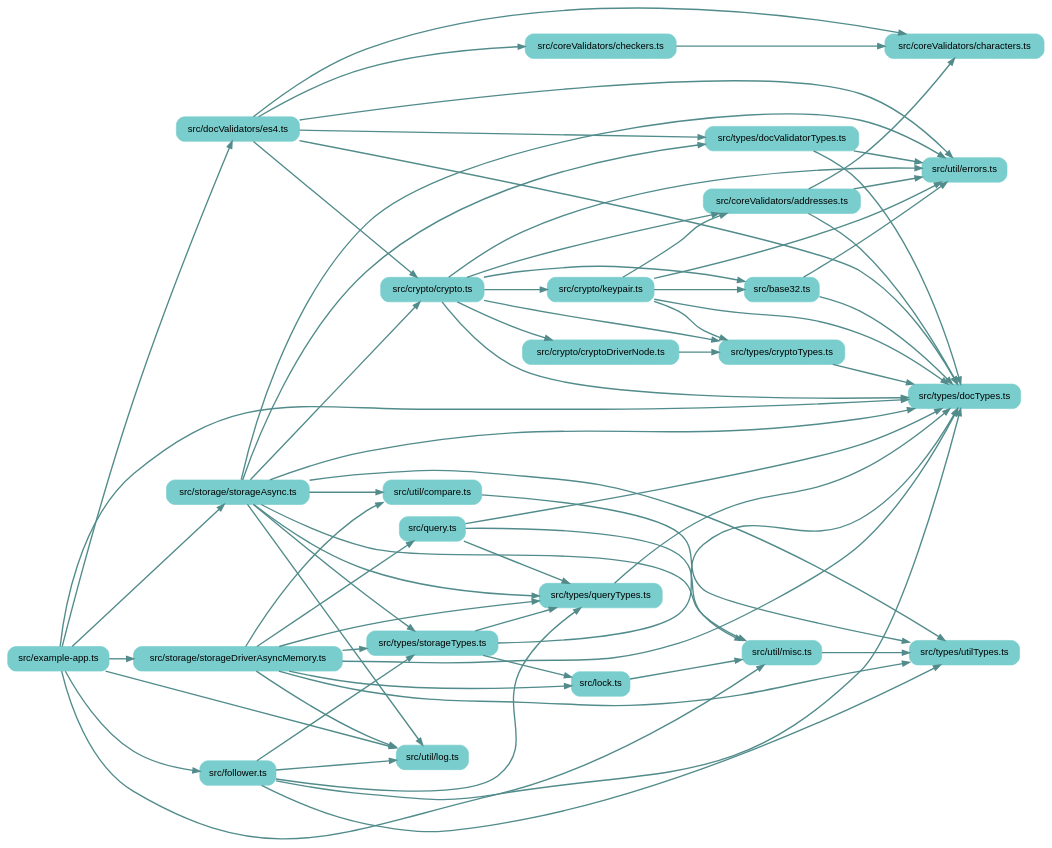
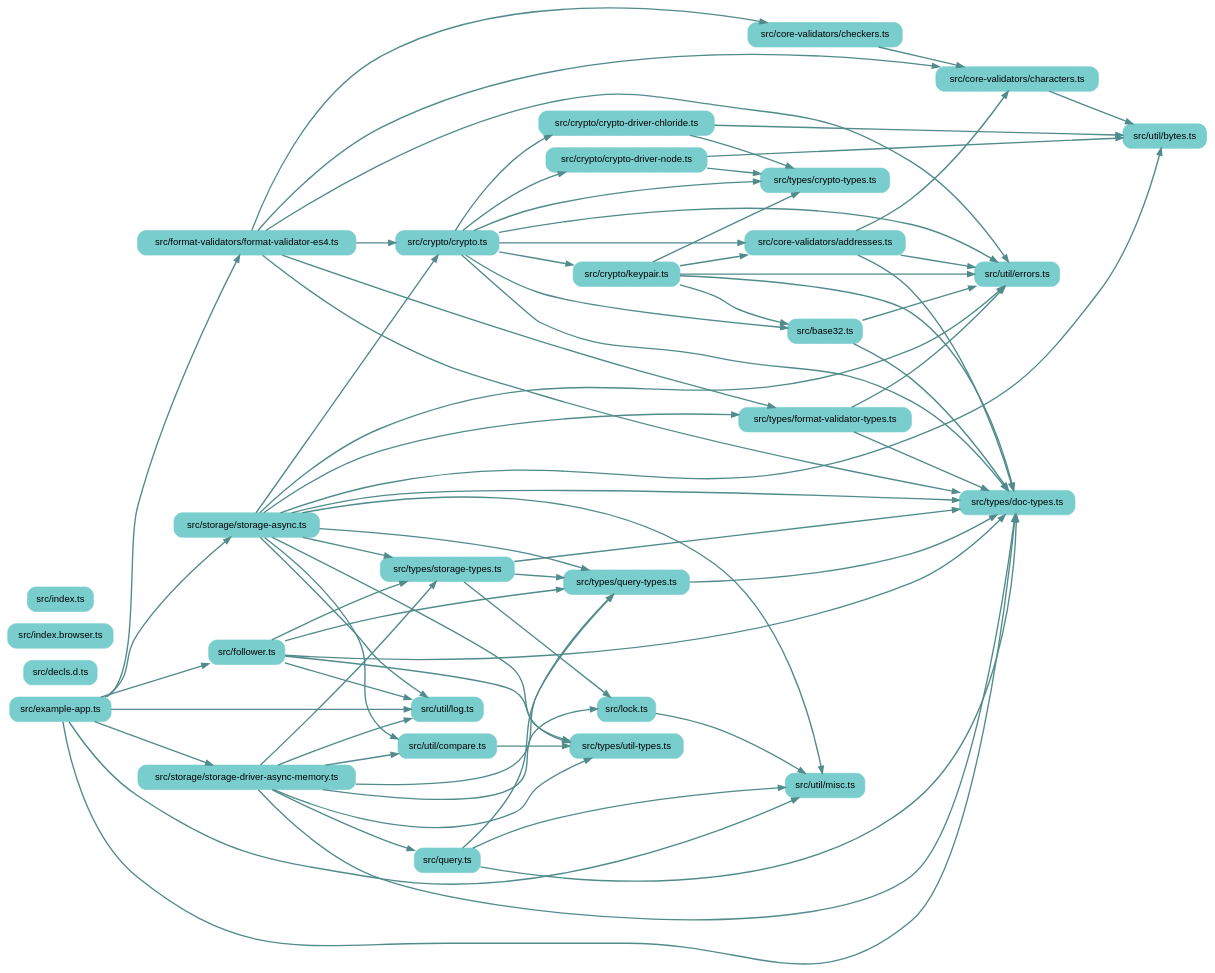
One commit to earthstar-project/earthstar changed the diagram in depchart/depchart-most-loose.dot. Above: the diagram before and after it, drawn with Graphviz. The commit also changed 12 other files, not shown here.

```diff
--- a/depchart/depchart-most-loose.dot
+++ b/depchart/depchart-most-loose.dot
@@ -12,98 +12,107 @@
     
     // files in their folder clusters
         "src/base32.ts" [label="src/base32.ts", shape=rectangle; style="rounded,filled"; color=darkslategray3];
+        "src/decls.d.ts" [label="src/decls.d.ts", shape=rectangle; style="rounded,filled"; color=darkslategray3];
         "src/example-app.ts" [label="src/example-app.ts", shape=rectangle; style="rounded,filled"; color=darkslategray3];
         "src/follower.ts" [label="src/follower.ts", shape=rectangle; style="rounded,filled"; color=darkslategray3];
+        "src/index.browser.ts" [label="src/index.browser.ts", shape=rectangle; style="rounded,filled"; color=darkslategray3];
+        "src/index.ts" [label="src/index.ts", shape=rectangle; style="rounded,filled"; color=darkslategray3];
         "src/lock.ts" [label="src/lock.ts", shape=rectangle; style="rounded,filled"; color=darkslategray3];
         "src/query.ts" [label="src/query.ts", shape=rectangle; style="rounded,filled"; color=darkslategray3];
-        "src/coreValidators/addresses.ts" [label="src/coreValidators/addresses.ts", shape=rectangle; style="rounded,filled"; color=darkslategray3];
-            "src/coreValidators/characters.ts" [label="src/coreValidators/characters.ts", shape=rectangle; style="rounded,filled"; color=darkslategray3];
-            "src/coreValidators/checkers.ts" [label="src/coreValidators/checkers.ts", shape=rectangle; style="rounded,filled"; color=darkslategray3];
-        "src/crypto/crypto.ts" [label="src/crypto/crypto.ts", shape=rectangle; style="rounded,filled"; color=darkslategray3];
-            "src/crypto/cryptoDriverNode.ts" [label="src/crypto/cryptoDriverNode.ts", shape=rectangle; style="rounded,filled"; color=darkslategray3];
+        "src/core-validators/addresses.ts" [label="src/core-validators/addresses.ts", shape=rectangle; style="rounded,filled"; color=darkslategray3];
+            "src/core-validators/characters.ts" [label="src/core-validators/characters.ts", shape=rectangle; style="rounded,filled"; color=darkslategray3];
+            "src/core-validators/checkers.ts" [label="src/core-validators/checkers.ts", shape=rectangle; style="rounded,filled"; color=darkslategray3];
+        "src/crypto/crypto-driver-chloride.ts" [label="src/crypto/crypto-driver-chloride.ts", shape=rectangle; style="rounded,filled"; color=darkslategray3];
+            "src/crypto/crypto-driver-node.ts" [label="src/crypto/crypto-driver-node.ts", shape=rectangle; style="rounded,filled"; color=darkslategray3];
+            "src/crypto/crypto.ts" [label="src/crypto/crypto.ts", shape=rectangle; style="rounded,filled"; color=darkslategray3];
             "src/crypto/keypair.ts" [label="src/crypto/keypair.ts", shape=rectangle; style="rounded,filled"; color=darkslategray3];
-        "src/docValidators/es4.ts" [label="src/docValidators/es4.ts", shape=rectangle; style="rounded,filled"; color=darkslategray3];
-        "src/storage/storageAsync.ts" [label="src/storage/storageAsync.ts", shape=rectangle; style="rounded,filled"; color=darkslategray3];
-            "src/storage/storageDriverAsyncMemory.ts" [label="src/storage/storageDriverAsyncMemory.ts", shape=rectangle; style="rounded,filled"; color=darkslategray3];
-        "src/types/cryptoTypes.ts" [label="src/types/cryptoTypes.ts", shape=rectangle; style="rounded,filled"; color=darkslategray3];
-            "src/types/docTypes.ts" [label="src/types/docTypes.ts", shape=rectangle; style="rounded,filled"; color=darkslategray3];
-            "src/types/docValidatorTypes.ts" [label="src/types/docValidatorTypes.ts", shape=rectangle; style="rounded,filled"; color=darkslategray3];
-            "src/types/queryTypes.ts" [label="src/types/queryTypes.ts", shape=rectangle; style="rounded,filled"; color=darkslategray3];
-            "src/types/storageTypes.ts" [label="src/types/storageTypes.ts", shape=rectangle; style="rounded,filled"; color=darkslategray3];
-            "src/types/utilTypes.ts" [label="src/types/utilTypes.ts", shape=rectangle; style="rounded,filled"; color=darkslategray3];
-        "src/util/compare.ts" [label="src/util/compare.ts", shape=rectangle; style="rounded,filled"; color=darkslategray3];
+        "src/format-validators/format-validator-es4.ts" [label="src/format-validators/format-validator-es4.ts", shape=rectangle; style="rounded,filled"; color=darkslategray3];
+        "src/storage/storage-async.ts" [label="src/storage/storage-async.ts", shape=rectangle; style="rounded,filled"; color=darkslategray3];
+            "src/storage/storage-driver-async-memory.ts" [label="src/storage/storage-driver-async-memory.ts", shape=rectangle; style="rounded,filled"; color=darkslategray3];
+        "src/types/crypto-types.ts" [label="src/types/crypto-types.ts", shape=rectangle; style="rounded,filled"; color=darkslategray3];
+            "src/types/doc-types.ts" [label="src/types/doc-types.ts", shape=rectangle; style="rounded,filled"; color=darkslategray3];
+            "src/types/format-validator-types.ts" [label="src/types/format-validator-types.ts", shape=rectangle; style="rounded,filled"; color=darkslategray3];
+            "src/types/query-types.ts" [label="src/types/query-types.ts", shape=rectangle; style="rounded,filled"; color=darkslategray3];
+            "src/types/storage-types.ts" [label="src/types/storage-types.ts", shape=rectangle; style="rounded,filled"; color=darkslategray3];
+            "src/types/util-types.ts" [label="src/types/util-types.ts", shape=rectangle; style="rounded,filled"; color=darkslategray3];
+        "src/util/bytes.ts" [label="src/util/bytes.ts", shape=rectangle; style="rounded,filled"; color=darkslategray3];
+            "src/util/compare.ts" [label="src/util/compare.ts", shape=rectangle; style="rounded,filled"; color=darkslategray3];
             "src/util/errors.ts" [label="src/util/errors.ts", shape=rectangle; style="rounded,filled"; color=darkslategray3];
             "src/util/log.ts" [label="src/util/log.ts", shape=rectangle; style="rounded,filled"; color=darkslategray3];
             "src/util/misc.ts" [label="src/util/misc.ts", shape=rectangle; style="rounded,filled"; color=darkslategray3];
 
     // edges between files
-    "src/base32.ts" -> "src/types/docTypes.ts" [penwidth=2; color=darkslategray4];
+    "src/base32.ts" -> "src/types/doc-types.ts" [penwidth=2; color=darkslategray4];
     "src/base32.ts" -> "src/util/errors.ts" [penwidth=2; color=darkslategray4];
-    "src/coreValidators/addresses.ts" -> "src/types/docTypes.ts" [penwidth=2; color=darkslategray4];
-    "src/coreValidators/addresses.ts" -> "src/util/errors.ts" [penwidth=2; color=darkslategray4];
-    "src/coreValidators/addresses.ts" -> "src/coreValidators/characters.ts" [penwidth=2; color=darkslategray4];
-    "src/coreValidators/checkers.ts" -> "src/coreValidators/characters.ts" [penwidth=2; color=darkslategray4];
-    "src/crypto/crypto.ts" -> "src/crypto/cryptoDriverNode.ts" [penwidth=2; color=darkslategray4];
-    "src/crypto/crypto.ts" -> "src/types/docTypes.ts" [penwidth=2; color=darkslategray4];
-    "src/crypto/crypto.ts" -> "src/types/cryptoTypes.ts" [penwidth=2; color=darkslategray4];
+    "src/core-validators/addresses.ts" -> "src/types/doc-types.ts" [penwidth=2; color=darkslategray4];
+    "src/core-validators/addresses.ts" -> "src/util/errors.ts" [penwidth=2; color=darkslategray4];
+    "src/core-validators/addresses.ts" -> "src/core-validators/characters.ts" [penwidth=2; color=darkslategray4];
+    "src/core-validators/characters.ts" -> "src/util/bytes.ts" [penwidth=2; color=darkslategray4];
+    "src/core-validators/checkers.ts" -> "src/core-validators/characters.ts" [penwidth=2; color=darkslategray4];
+    "src/crypto/crypto-driver-chloride.ts" -> "src/types/crypto-types.ts" [penwidth=2; color=darkslategray4];
+    "src/crypto/crypto-driver-chloride.ts" -> "src/util/bytes.ts" [penwidth=2; color=darkslategray4];
+    "src/crypto/crypto-driver-node.ts" -> "src/types/crypto-types.ts" [penwidth=2; color=darkslategray4];
+    "src/crypto/crypto-driver-node.ts" -> "src/util/bytes.ts" [penwidth=2; color=darkslategray4];
+    "src/crypto/crypto.ts" -> "src/crypto/crypto-driver-chloride.ts" [penwidth=2; color=darkslategray4];
+    "src/crypto/crypto.ts" -> "src/crypto/crypto-driver-node.ts" [penwidth=2; color=darkslategray4];
+    "src/crypto/crypto.ts" -> "src/types/doc-types.ts" [penwidth=2; color=darkslategray4];
+    "src/crypto/crypto.ts" -> "src/types/crypto-types.ts" [penwidth=2; color=darkslategray4];
     "src/crypto/crypto.ts" -> "src/util/errors.ts" [penwidth=2; color=darkslategray4];
     "src/crypto/crypto.ts" -> "src/base32.ts" [penwidth=2; color=darkslategray4];
     "src/crypto/crypto.ts" -> "src/crypto/keypair.ts" [penwidth=2; color=darkslategray4];
-    "src/crypto/crypto.ts" -> "src/coreValidators/addresses.ts" [penwidth=2; color=darkslategray4];
-    "src/crypto/cryptoDriverNode.ts" -> "src/types/cryptoTypes.ts" [penwidth=2; color=darkslategray4];
-    "src/crypto/keypair.ts" -> "src/types/docTypes.ts" [penwidth=2; color=darkslategray4];
+    "src/crypto/crypto.ts" -> "src/core-validators/addresses.ts" [penwidth=2; color=darkslategray4];
+    "src/crypto/keypair.ts" -> "src/types/doc-types.ts" [penwidth=2; color=darkslategray4];
     "src/crypto/keypair.ts" -> "src/util/errors.ts" [penwidth=2; color=darkslategray4];
     "src/crypto/keypair.ts" -> "src/base32.ts" [penwidth=2; color=darkslategray4];
-    "src/crypto/keypair.ts" -> "src/types/cryptoTypes.ts" [penwidth=2; color=darkslategray4];
-    "src/crypto/keypair.ts" -> "src/coreValidators/addresses.ts" [penwidth=2; color=darkslategray4];
-    "src/docValidators/es4.ts" -> "src/types/docTypes.ts" [penwidth=2; color=darkslategray4];
-    "src/docValidators/es4.ts" -> "src/types/docValidatorTypes.ts" [penwidth=2; color=darkslategray4];
-    "src/docValidators/es4.ts" -> "src/util/errors.ts" [penwidth=2; color=darkslategray4];
-    "src/docValidators/es4.ts" -> "src/coreValidators/characters.ts" [penwidth=2; color=darkslategray4];
-    "src/docValidators/es4.ts" -> "src/coreValidators/checkers.ts" [penwidth=2; color=darkslategray4];
-    "src/docValidators/es4.ts" -> "src/crypto/crypto.ts" [penwidth=2; color=darkslategray4];
-    "src/example-app.ts" -> "src/types/docTypes.ts" [penwidth=2; color=darkslategray4];
+    "src/crypto/keypair.ts" -> "src/types/crypto-types.ts" [penwidth=2; color=darkslategray4];
+    "src/crypto/keypair.ts" -> "src/core-validators/addresses.ts" [penwidth=2; color=darkslategray4];
+    "src/example-app.ts" -> "src/types/doc-types.ts" [penwidth=2; color=darkslategray4];
     "src/example-app.ts" -> "src/util/misc.ts" [penwidth=2; color=darkslategray4];
-    "src/example-app.ts" -> "src/docValidators/es4.ts" [penwidth=2; color=darkslategray4];
-    "src/example-app.ts" -> "src/storage/storageDriverAsyncMemory.ts" [penwidth=2; color=darkslategray4];
-    "src/example-app.ts" -> "src/storage/storageAsync.ts" [penwidth=2; color=darkslategray4];
+    "src/example-app.ts" -> "src/format-validators/format-validator-es4.ts" [penwidth=2; color=darkslategray4];
+    "src/example-app.ts" -> "src/storage/storage-driver-async-memory.ts" [penwidth=2; color=darkslategray4];
+    "src/example-app.ts" -> "src/storage/storage-async.ts" [penwidth=2; color=darkslategray4];
     "src/example-app.ts" -> "src/follower.ts" [penwidth=2; color=darkslategray4];
     "src/example-app.ts" -> "src/util/log.ts" [penwidth=2; color=darkslategray4];
-    "src/follower.ts" -> "src/types/utilTypes.ts" [penwidth=2; color=darkslategray4];
-    "src/follower.ts" -> "src/types/docTypes.ts" [penwidth=2; color=darkslategray4];
-    "src/follower.ts" -> "src/types/queryTypes.ts" [penwidth=2; color=darkslategray4];
-    "src/follower.ts" -> "src/types/storageTypes.ts" [penwidth=2; color=darkslategray4];
+    "src/follower.ts" -> "src/types/util-types.ts" [penwidth=2; color=darkslategray4];
+    "src/follower.ts" -> "src/types/doc-types.ts" [penwidth=2; color=darkslategray4];
+    "src/follower.ts" -> "src/types/query-types.ts" [penwidth=2; color=darkslategray4];
+    "src/follower.ts" -> "src/types/storage-types.ts" [penwidth=2; color=darkslategray4];
     "src/follower.ts" -> "src/util/log.ts" [penwidth=2; color=darkslategray4];
+    "src/format-validators/format-validator-es4.ts" -> "src/types/doc-types.ts" [penwidth=2; color=darkslategray4];
+    "src/format-validators/format-validator-es4.ts" -> "src/types/format-validator-types.ts" [penwidth=2; color=darkslategray4];
+    "src/format-validators/format-validator-es4.ts" -> "src/util/errors.ts" [penwidth=2; color=darkslategray4];
+    "src/format-validators/format-validator-es4.ts" -> "src/core-validators/characters.ts" [penwidth=2; color=darkslategray4];
+    "src/format-validators/format-validator-es4.ts" -> "src/core-validators/checkers.ts" [penwidth=2; color=darkslategray4];
+    "src/format-validators/format-validator-es4.ts" -> "src/crypto/crypto.ts" [penwidth=2; color=darkslategray4];
     "src/lock.ts" -> "src/util/misc.ts" [penwidth=2; color=darkslategray4];
-    "src/query.ts" -> "src/types/docTypes.ts" [penwidth=2; color=darkslategray4];
-    "src/query.ts" -> "src/types/queryTypes.ts" [penwidth=2; color=darkslategray4];
+    "src/query.ts" -> "src/types/doc-types.ts" [penwidth=2; color=darkslategray4];
+    "src/query.ts" -> "src/types/query-types.ts" [penwidth=2; color=darkslategray4];
     "src/query.ts" -> "src/util/misc.ts" [penwidth=2; color=darkslategray4];
-    "src/storage/storageAsync.ts" -> "src/types/utilTypes.ts" [penwidth=2; color=darkslategray4];
-    "src/storage/storageAsync.ts" -> "src/types/docTypes.ts" [penwidth=2; color=darkslategray4];
-    "src/storage/storageAsync.ts" -> "src/types/queryTypes.ts" [penwidth=2; color=darkslategray4];
-    "src/storage/storageAsync.ts" -> "src/types/storageTypes.ts" [penwidth=2; color=darkslategray4];
-    "src/storage/storageAsync.ts" -> "src/types/docValidatorTypes.ts" [penwidth=2; color=darkslategray4];
-    "src/storage/storageAsync.ts" -> "src/util/errors.ts" [penwidth=2; color=darkslategray4];
-    "src/storage/storageAsync.ts" -> "src/util/misc.ts" [penwidth=2; color=darkslategray4];
-    "src/storage/storageAsync.ts" -> "src/util/compare.ts" [penwidth=2; color=darkslategray4];
-    "src/storage/storageAsync.ts" -> "src/crypto/crypto.ts" [penwidth=2; color=darkslategray4];
-    "src/storage/storageAsync.ts" -> "src/util/log.ts" [penwidth=2; color=darkslategray4];
-    "src/storage/storageDriverAsyncMemory.ts" -> "src/types/utilTypes.ts" [penwidth=2; color=darkslategray4];
-    "src/storage/storageDriverAsyncMemory.ts" -> "src/types/docTypes.ts" [penwidth=2; color=darkslategray4];
-    "src/storage/storageDriverAsyncMemory.ts" -> "src/types/queryTypes.ts" [penwidth=2; color=darkslategray4];
-    "src/storage/storageDriverAsyncMemory.ts" -> "src/types/storageTypes.ts" [penwidth=2; color=darkslategray4];
-    "src/storage/storageDriverAsyncMemory.ts" -> "src/util/compare.ts" [penwidth=2; color=darkslategray4];
-    "src/storage/storageDriverAsyncMemory.ts" -> "src/query.ts" [penwidth=2; color=darkslategray4];
-    "src/storage/storageDriverAsyncMemory.ts" -> "src/lock.ts" [penwidth=2; color=darkslategray4];
-    "src/storage/storageDriverAsyncMemory.ts" -> "src/util/log.ts" [penwidth=2; color=darkslategray4];
-    "src/types/cryptoTypes.ts" -> "src/types/docTypes.ts" [penwidth=2; color=darkslategray4];
-    "src/types/docValidatorTypes.ts" -> "src/types/docTypes.ts" [penwidth=2; color=darkslategray4];
-    "src/types/docValidatorTypes.ts" -> "src/util/errors.ts" [penwidth=2; color=darkslategray4];
-    "src/types/queryTypes.ts" -> "src/types/docTypes.ts" [penwidth=2; color=darkslategray4];
-    "src/types/storageTypes.ts" -> "src/types/docTypes.ts" [penwidth=2; color=darkslategray4];
-    "src/types/storageTypes.ts" -> "src/types/queryTypes.ts" [penwidth=2; color=darkslategray4];
-    "src/types/storageTypes.ts" -> "src/lock.ts" [penwidth=2; color=darkslategray4];
-    "src/util/compare.ts" -> "src/types/utilTypes.ts" [penwidth=2; color=darkslategray4];
-    "src/util/misc.ts" -> "src/types/utilTypes.ts" [penwidth=2; color=darkslategray4];
+    "src/storage/storage-async.ts" -> "src/types/util-types.ts" [penwidth=2; color=darkslategray4];
+    "src/storage/storage-async.ts" -> "src/types/doc-types.ts" [penwidth=2; color=darkslategray4];
+    "src/storage/storage-async.ts" -> "src/types/query-types.ts" [penwidth=2; color=darkslategray4];
+    "src/storage/storage-async.ts" -> "src/types/storage-types.ts" [penwidth=2; color=darkslategray4];
+    "src/storage/storage-async.ts" -> "src/types/format-validator-types.ts" [penwidth=2; color=darkslategray4];
+    "src/storage/storage-async.ts" -> "src/util/errors.ts" [penwidth=2; color=darkslategray4];
+    "src/storage/storage-async.ts" -> "src/util/bytes.ts" [penwidth=2; color=darkslategray4];
+    "src/storage/storage-async.ts" -> "src/util/misc.ts" [penwidth=2; color=darkslategray4];
+    "src/storage/storage-async.ts" -> "src/util/compare.ts" [penwidth=2; color=darkslategray4];
+    "src/storage/storage-async.ts" -> "src/crypto/crypto.ts" [penwidth=2; color=darkslategray4];
+    "src/storage/storage-async.ts" -> "src/util/log.ts" [penwidth=2; color=darkslategray4];
+    "src/storage/storage-driver-async-memory.ts" -> "src/types/util-types.ts" [penwidth=2; color=darkslategray4];
+    "src/storage/storage-driver-async-memory.ts" -> "src/types/doc-types.ts" [penwidth=2; color=darkslategray4];
+    "src/storage/storage-driver-async-memory.ts" -> "src/types/query-types.ts" [penwidth=2; color=darkslategray4];
+    "src/storage/storage-driver-async-memory.ts" -> "src/types/storage-types.ts" [penwidth=2; color=darkslategray4];
+    "src/storage/storage-driver-async-memory.ts" -> "src/util/compare.ts" [penwidth=2; color=darkslategray4];
+    "src/storage/storage-driver-async-memory.ts" -> "src/query.ts" [penwidth=2; color=darkslategray4];
+    "src/storage/storage-driver-async-memory.ts" -> "src/lock.ts" [penwidth=2; color=darkslategray4];
+    "src/storage/storage-driver-async-memory.ts" -> "src/util/log.ts" [penwidth=2; color=darkslategray4];
+    "src/types/format-validator-types.ts" -> "src/types/doc-types.ts" [penwidth=2; color=darkslategray4];
+    "src/types/format-validator-types.ts" -> "src/util/errors.ts" [penwidth=2; color=darkslategray4];
+    "src/types/query-types.ts" -> "src/types/doc-types.ts" [penwidth=2; color=darkslategray4];
+    "src/types/storage-types.ts" -> "src/types/doc-types.ts" [penwidth=2; color=darkslategray4];
+    "src/types/storage-types.ts" -> "src/types/query-types.ts" [penwidth=2; color=darkslategray4];
+    "src/types/storage-types.ts" -> "src/lock.ts" [penwidth=2; color=darkslategray4];
+    "src/util/compare.ts" -> "src/types/util-types.ts" [penwidth=2; color=darkslategray4];
 
 }
```
